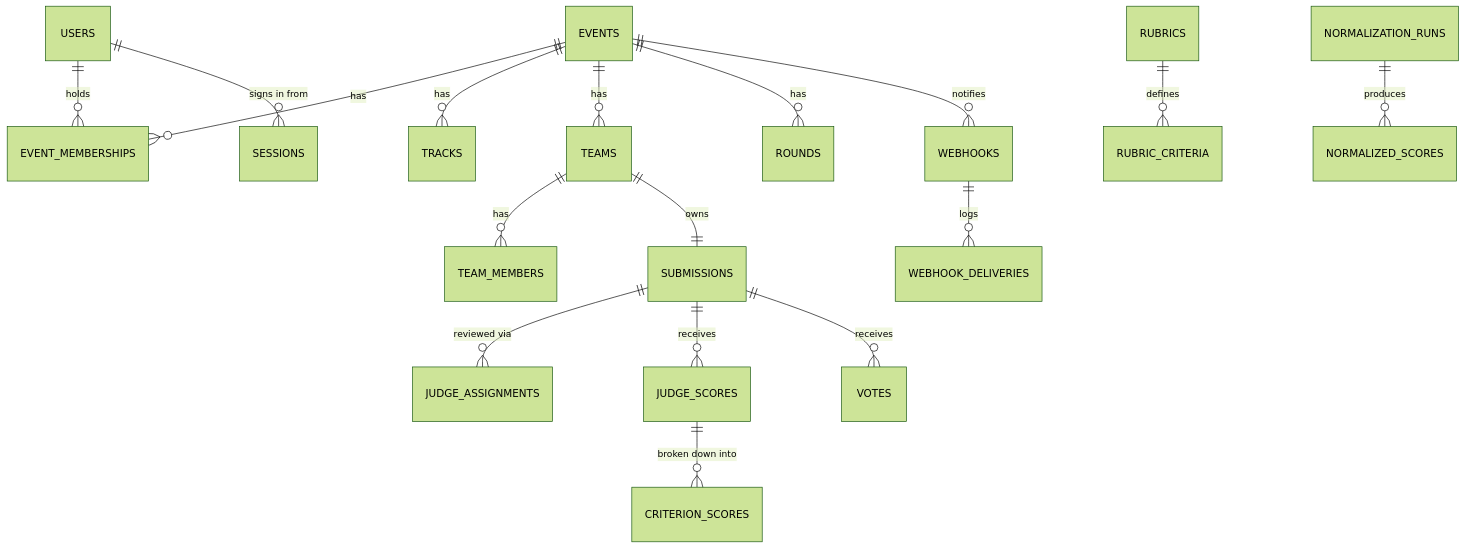
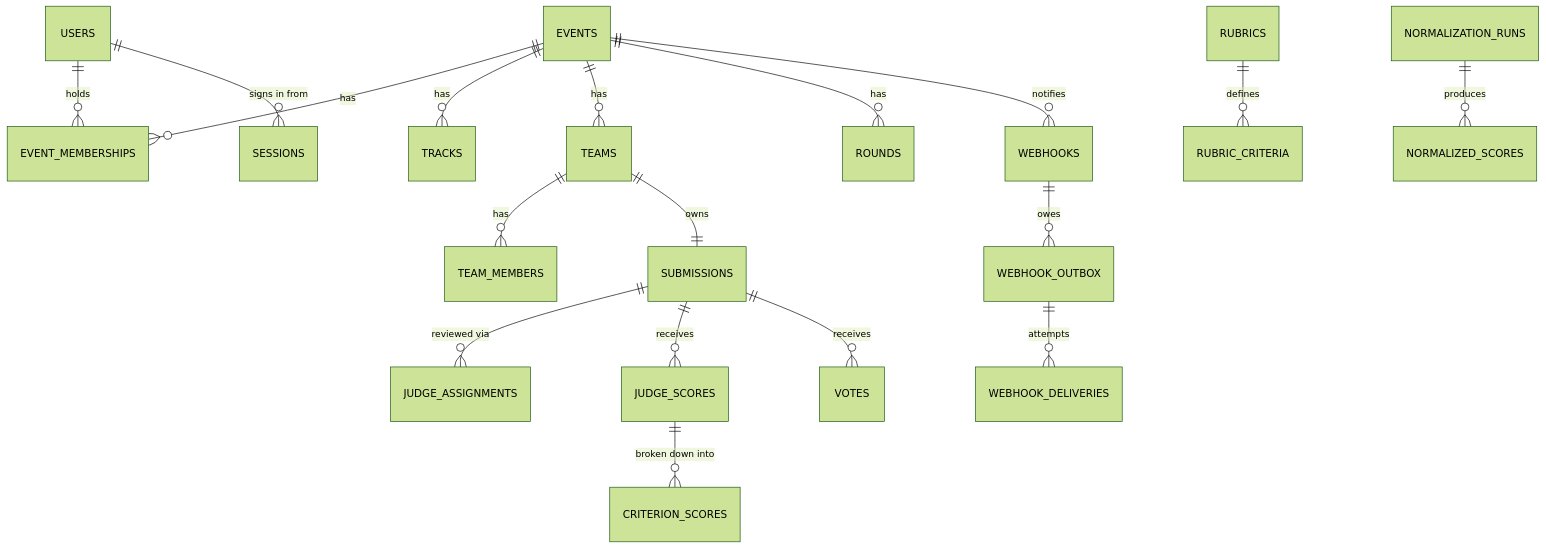
The second of 2 diagrams in DATA-MODEL.md (ikeshavvarshney/podium), drawn with Mermaid (forest theme) before and after one commit. The commit also changed other lines of this file and 17 other files, not shown here.

Commit message:
feat(webhooks): add a retrying outbox, replay-safe signatures and an SSRF guard

````diff
--- a/DATA-MODEL.md
+++ b/DATA-MODEL.md
@@ -77,19 +77,20 @@
 ```mermaid
 erDiagram
     USERS ||--o{ EVENT_MEMBERSHIPS : holds
     USERS ||--o{ SESSIONS : "signs in from"
     EVENTS ||--o{ EVENT_MEMBERSHIPS : has
     EVENTS ||--o{ TRACKS : has
     EVENTS ||--o{ TEAMS : has
     EVENTS ||--o{ ROUNDS : has
     TEAMS ||--o{ TEAM_MEMBERS : has
     TEAMS ||--|| SUBMISSIONS : owns
     SUBMISSIONS ||--o{ JUDGE_ASSIGNMENTS : "reviewed via"
     SUBMISSIONS ||--o{ JUDGE_SCORES : receives
     SUBMISSIONS ||--o{ VOTES : receives
     RUBRICS ||--o{ RUBRIC_CRITERIA : defines
     JUDGE_SCORES ||--o{ CRITERION_SCORES : "broken down into"
     NORMALIZATION_RUNS ||--o{ NORMALIZED_SCORES : produces
     EVENTS ||--o{ WEBHOOKS : notifies
-    WEBHOOKS ||--o{ WEBHOOK_DELIVERIES : logs
+    WEBHOOKS ||--o{ WEBHOOK_OUTBOX : owes
+    WEBHOOK_OUTBOX ||--o{ WEBHOOK_DELIVERIES : attempts
 ```
````
